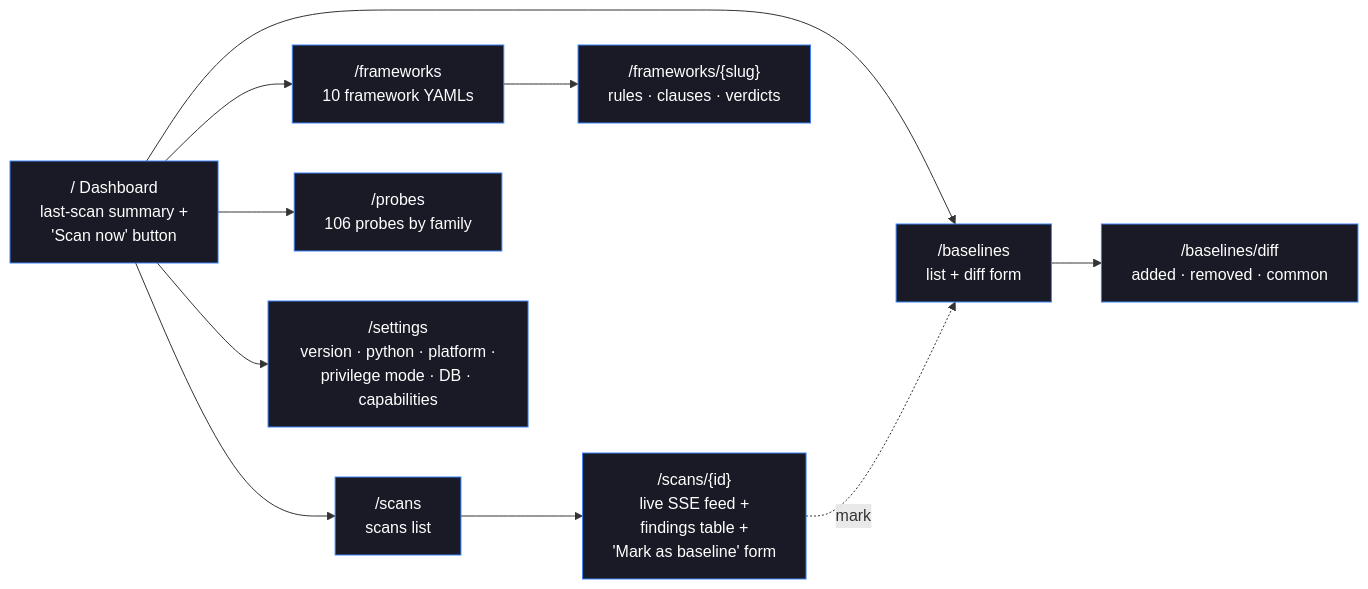
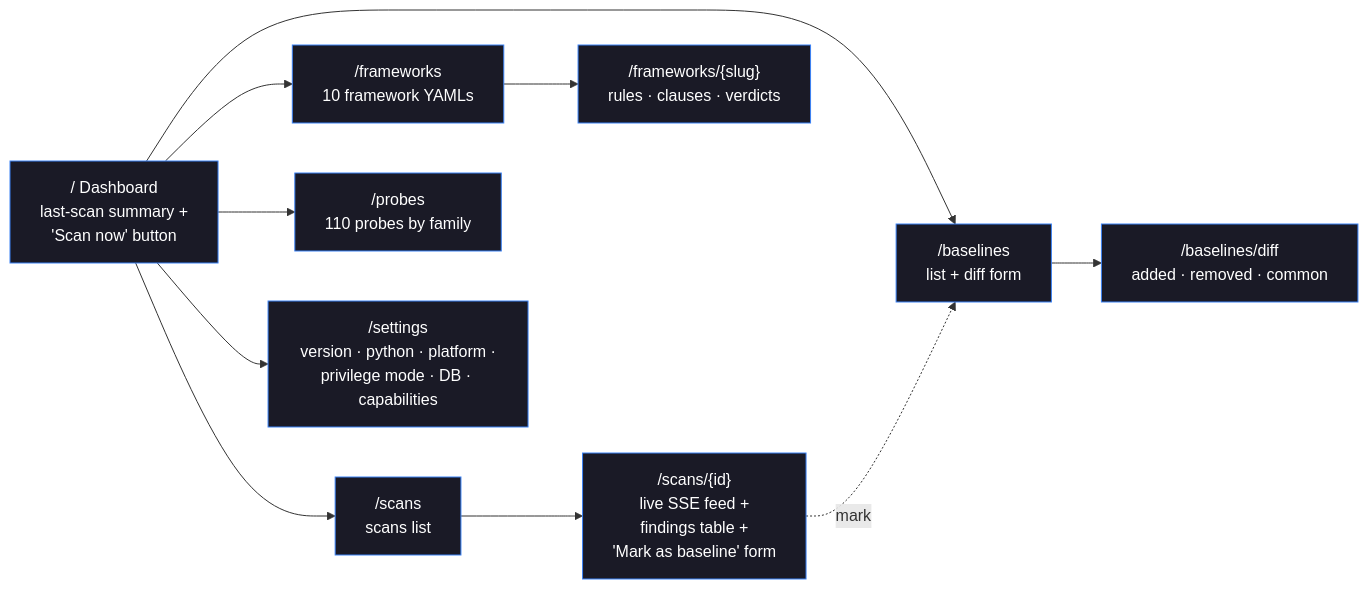
The fourth of 8 diagrams in README.md (orengacademy/pqc-scanner2), drawn with Mermaid before and after one commit. The commit also changed other lines of this file and 7 other files, not shown here.

````diff
--- a/README.md
+++ b/README.md
@@ -225,22 +225,22 @@
 ```mermaid
 flowchart LR
     HOME["/  Dashboard<br/>last-scan summary +<br/>'Scan now' button"]
     SCANS["/scans<br/>scans list"]
     DETAIL["/scans/{id}<br/>live SSE feed +<br/>findings table +<br/>'Mark as baseline' form"]
     FRAMEWORKS["/frameworks<br/>10 framework YAMLs"]
     FW_DET["/frameworks/{slug}<br/>rules · clauses · verdicts"]
-    PROBES["/probes<br/>106 probes by family"]
+    PROBES["/probes<br/>110 probes by family"]
     BASELINES["/baselines<br/>list + diff form"]
     DIFF["/baselines/diff<br/>added · removed · common"]
     SETTINGS["/settings<br/>version · python · platform ·<br/>privilege mode · DB · capabilities"]
 
     HOME --> SCANS --> DETAIL
     HOME --> FRAMEWORKS --> FW_DET
     HOME --> PROBES
     HOME --> BASELINES --> DIFF
     DETAIL -.mark.-> BASELINES
     HOME --> SETTINGS
 
     classDef page fill:#1a1a26,color:#fff,stroke:#3b82f6
     class HOME,SCANS,DETAIL,FRAMEWORKS,FW_DET,PROBES,BASELINES,DIFF,SETTINGS page
 ```
````
